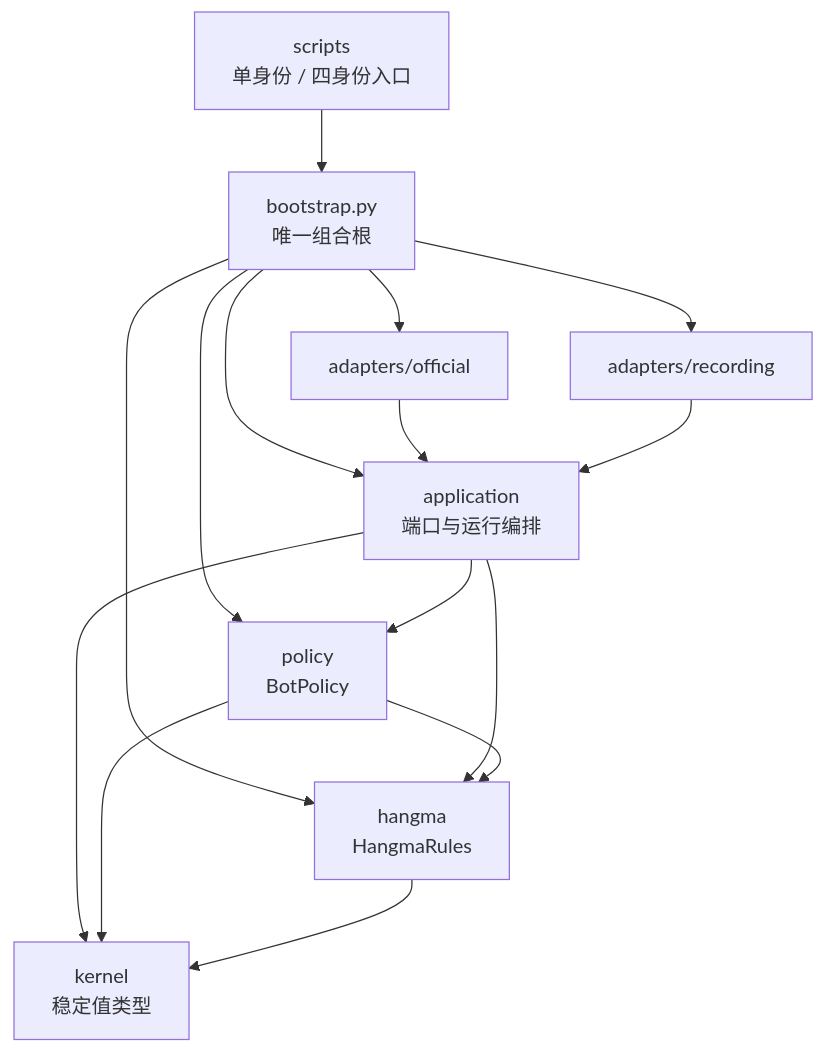
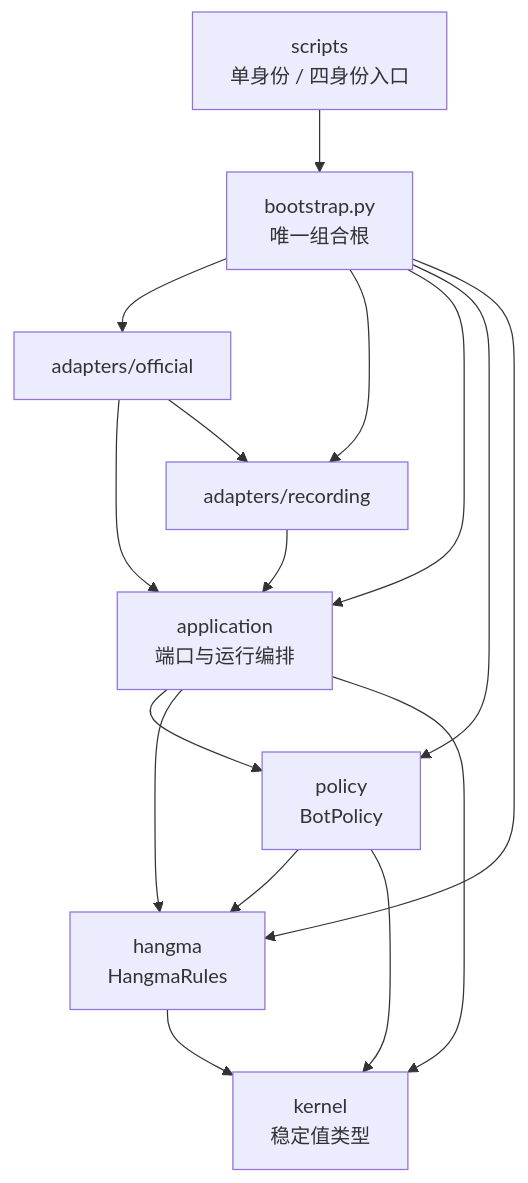
The second of 6 diagrams in doc/architecture.md (liyangink/hangma-bot), drawn with Mermaid before and after one commit. The commit also changed other lines of this file and 57 other files, not shown here.

````diff
--- a/doc/architecture.md
+++ b/doc/architecture.md
@@ -78,26 +78,27 @@
 ```mermaid
 flowchart TB
     BOOT["bootstrap.py\n唯一组合根"]
     ENTRY["scripts\n单身份 / 四身份入口"]
     OFFICIAL2["adapters/official"]
     RECORDING2["adapters/recording"]
     APPLICATION["application\n端口与运行编排"]
     POLICY2["policy\nBotPolicy"]
     HANGMA2["hangma\nHangmaRules"]
     KERNEL2["kernel\n稳定值类型"]
 
     ENTRY --> BOOT
     BOOT --> OFFICIAL2
     BOOT --> RECORDING2
     BOOT --> APPLICATION
     BOOT --> POLICY2
     BOOT --> HANGMA2
     OFFICIAL2 --> APPLICATION
+    OFFICIAL2 --> RECORDING2
     RECORDING2 --> APPLICATION
     APPLICATION --> POLICY2
     APPLICATION --> HANGMA2
     APPLICATION --> KERNEL2
     POLICY2 --> HANGMA2
     POLICY2 --> KERNEL2
     HANGMA2 --> KERNEL2
 ```
````
